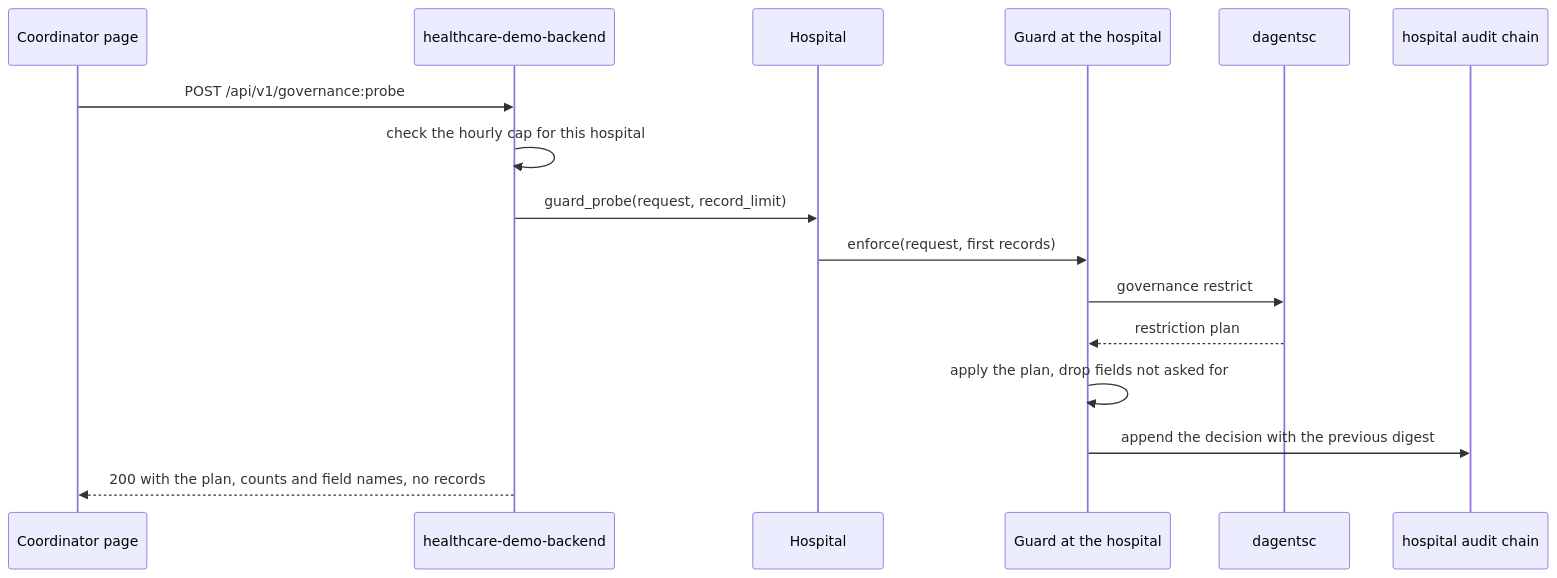
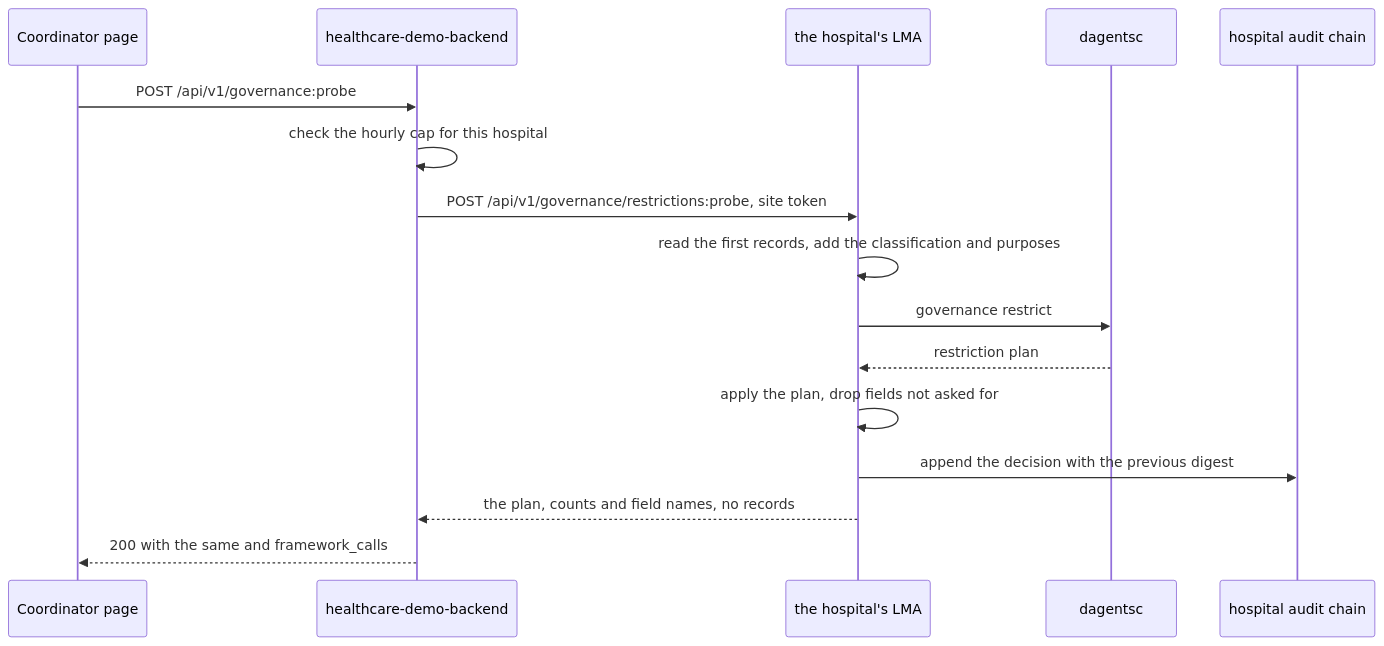
Before and after one commit to pradyunuydarp/Dagents: the fourth of 6 diagrams in docs/reference/api/demo-apps.md, drawn with Mermaid. The commit also changed other lines of this file and 138 other files, not shown here.

````diff
--- a/docs/reference/api/demo-apps.md
+++ b/docs/reference/api/demo-apps.md
@@ -771,18 +915,18 @@
 ```mermaid
 sequenceDiagram
     participant Page as Coordinator page
     participant API as healthcare-demo-backend
-    participant Hospital
-    participant Guard as Guard at the hospital
+    participant LMA as the hospital's LMA
     participant Planner as dagentsc
     participant Chain as hospital audit chain
     Page->>API: POST /api/v1/governance:probe
     API->>API: check the hourly cap for this hospital
-    API->>Hospital: guard_probe(request, record_limit)
-    Hospital->>Guard: enforce(request, first records)
-    Guard->>Planner: governance restrict
-    Planner-->>Guard: restriction plan
-    Guard->>Guard: apply the plan, drop fields not asked for
-    Guard->>Chain: append the decision with the previous digest
-    API-->>Page: 200 with the plan, counts and field names, no records
+    API->>LMA: POST /api/v1/governance/restrictions:probe, site token
+    LMA->>LMA: read the first records, add the classification and purposes
+    LMA->>Planner: governance restrict
+    Planner-->>LMA: restriction plan
+    LMA->>LMA: apply the plan, drop fields not asked for
+    LMA->>Chain: append the decision with the previous digest
+    LMA-->>API: the plan, counts and field names, no records
+    API-->>Page: 200 with the same and framework_calls
 ```
````
